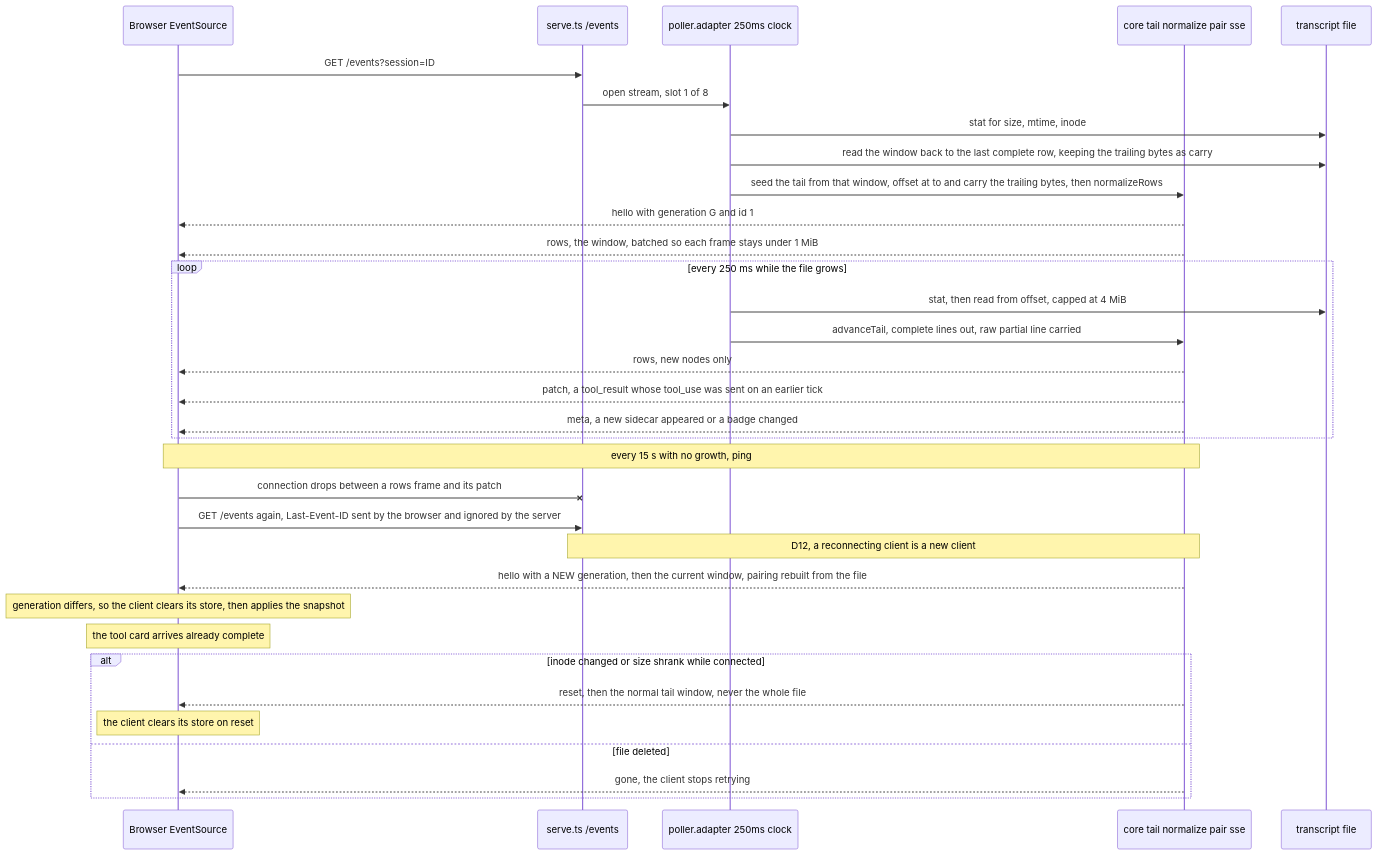
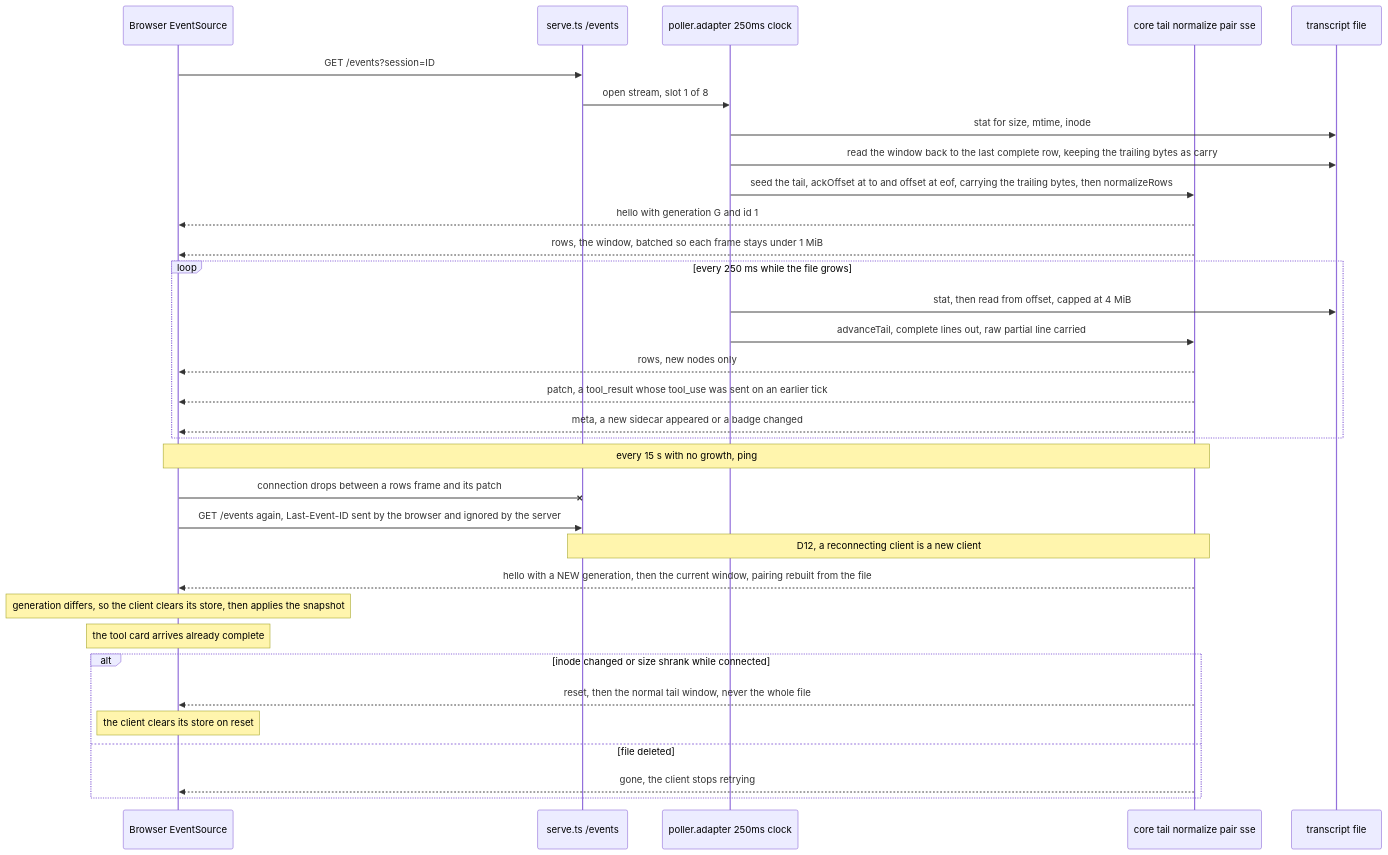
The second of 3 diagrams in docs/tribe/planning/viewer-consolidation/spec.md (hieplam/tribe), drawn with Mermaid before and after one commit. The commit also changed other lines of this file and 1 other file, not shown here.

Commit message:
docs(viewer): spec and plan revision 14 (D30 corrected seed, session-cut fixture, D9 gate ungated, roles named by role, rulings regrouped)

````diff
--- a/docs/tribe/planning/viewer-consolidation/spec.md
+++ b/docs/tribe/planning/viewer-consolidation/spec.md
@@ -1093,35 +1152,35 @@
 ```mermaid
 sequenceDiagram
   participant B as Browser EventSource
   participant S as serve.ts /events
   participant P as poller.adapter 250ms clock
   participant C as core tail normalize pair sse
   participant F as transcript file
   B->>S: GET /events?session=ID
   S->>P: open stream, slot 1 of 8
   P->>F: stat for size, mtime, inode
   P->>F: read the window back to the last complete row, keeping the trailing bytes as carry
-  P->>C: seed the tail from that window, offset at to and carry the trailing bytes, then normalizeRows
+  P->>C: seed the tail, ackOffset at to and offset at eof, carrying the trailing bytes, then normalizeRows
   C-->>B: hello with generation G and id 1
   C-->>B: rows, the window, batched so each frame stays under 1 MiB
   loop every 250 ms while the file grows
     P->>F: stat, then read from offset, capped at 4 MiB
     P->>C: advanceTail, complete lines out, raw partial line carried
     C-->>B: rows, new nodes only
     C-->>B: patch, a tool_result whose tool_use was sent on an earlier tick
     C-->>B: meta, a new sidecar appeared or a badge changed
   end
   Note over C,B: every 15 s with no growth, ping
   B-xS: connection drops between a rows frame and its patch
   B->>S: GET /events again, Last-Event-ID sent by the browser and ignored by the server
   Note over S,C: D12, a reconnecting client is a new client
   C-->>B: hello with a NEW generation, then the current window, pairing rebuilt from the file
   Note over B: generation differs, so the client clears its store, then applies the snapshot
   Note over B: the tool card arrives already complete
   alt inode changed or size shrank while connected
     C-->>B: reset, then the normal tail window, never the whole file
     Note over B: the client clears its store on reset
   else file deleted
     C-->>B: gone, the client stops retrying
   end
 ```
````
